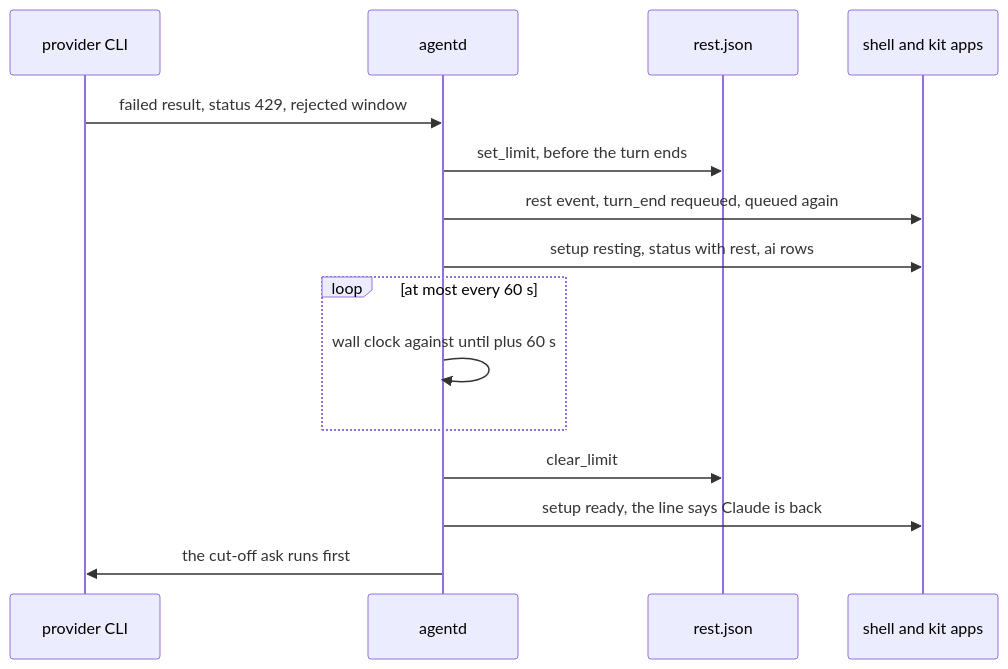
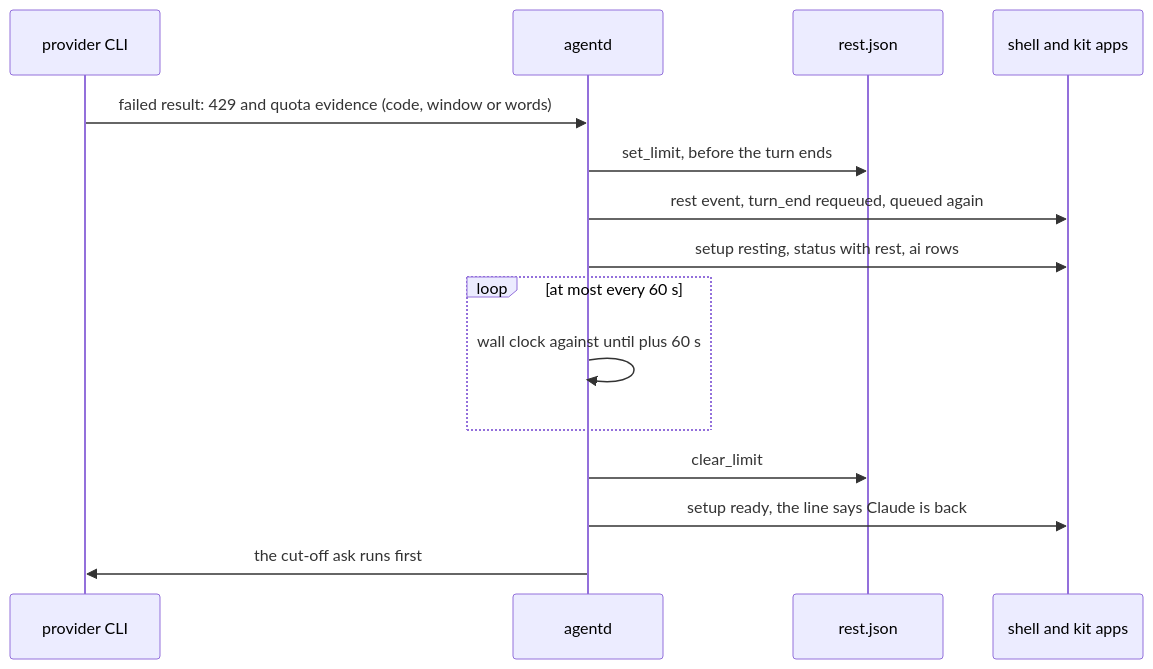
Before and after one commit to thedefaultman/Bombadil: the second of 3 diagrams in docs/architecture/poor-man-switch.md, drawn with Mermaid. The commit also changed other lines of this file and 37 other files, not shown here.

````diff
--- a/docs/architecture/poor-man-switch.md
+++ b/docs/architecture/poor-man-switch.md
@@ -30,17 +38,17 @@
 ```mermaid
 sequenceDiagram
     participant CLI as provider CLI
     participant A as agentd
     participant R as rest.json
     participant S as shell and kit apps
-    CLI->>A: failed result, status 429, rejected window
+    CLI->>A: failed result: 429 and quota evidence (code, window or words)
     A->>R: set_limit, before the turn ends
     A->>S: rest event, turn_end requeued, queued again
     A->>S: setup resting, status with rest, ai rows
     loop at most every 60 s
         A->>A: wall clock against until plus 60 s
     end
     A->>R: clear_limit
     A->>S: setup ready, the line says Claude is back
     A->>CLI: the cut-off ask runs first
 ```
````
